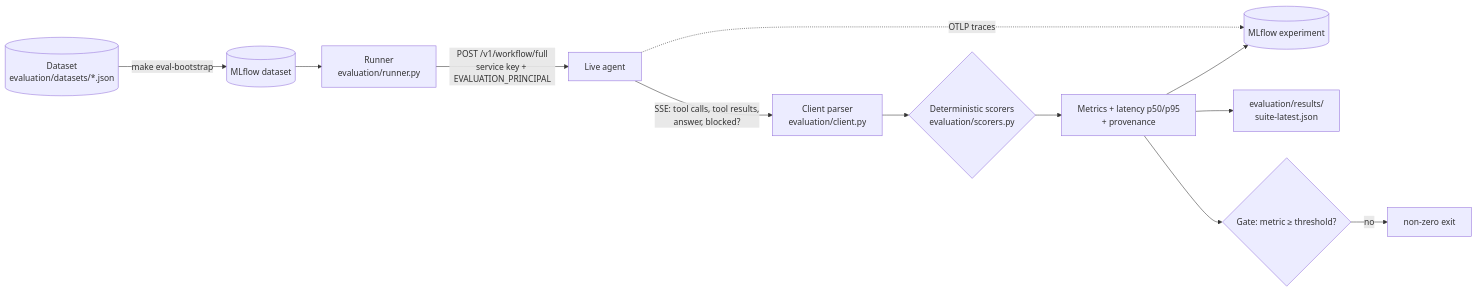
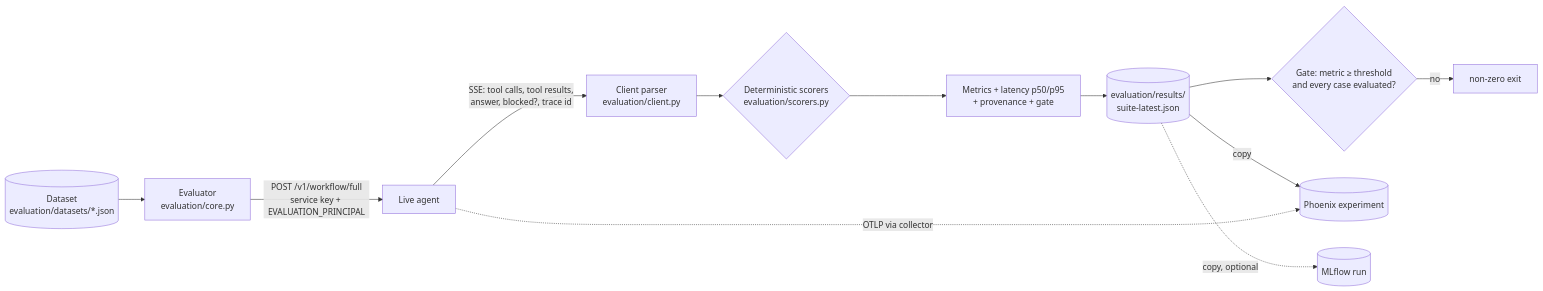
Before and after one commit to cognokratos/simple-agent-template: the diagram in docs/concepts/05-evaluation.md, drawn with Mermaid. The commit also changed other lines of this file and 21 other files, not shown here.

````diff
--- a/docs/concepts/05-evaluation.md
+++ b/docs/concepts/05-evaluation.md
@@ -27,14 +39,14 @@
 ```mermaid
 flowchart LR
-    DS[("Dataset<br/>evaluation/datasets/*.json")] -->|"make eval-bootstrap"| MD[(MLflow dataset)]
-    MD --> RUN["Runner<br/>evaluation/runner.py"]
-    RUN -->|"POST /v1/workflow/full<br/>service key + EVALUATION_PRINCIPAL"| AG[Live agent]
-    AG -->|"SSE: tool calls, tool results,<br/>answer, blocked?"| CL["Client parser<br/>evaluation/client.py"]
+    DS[("Dataset<br/>evaluation/datasets/*.json")] --> CORE["Evaluator<br/>evaluation/core.py"]
+    CORE -->|"POST /v1/workflow/full<br/>service key + EVALUATION_PRINCIPAL"| AG[Live agent]
+    AG -->|"SSE: tool calls, tool results,<br/>answer, blocked?, trace id"| CL["Client parser<br/>evaluation/client.py"]
     CL --> SC{"Deterministic scorers<br/>evaluation/scorers.py"}
-    SC --> MET["Metrics + latency p50/p95<br/>+ provenance"]
-    MET --> ML[(MLflow experiment)]
-    MET --> JSON["evaluation/results/<br/>suite-latest.json"]
-    AG -.->|"OTLP traces"| ML
-    MET --> GATE{"Gate: metric ≥ threshold?"}
+    SC --> MET["Metrics + latency p50/p95<br/>+ provenance + gate"]
+    MET --> JSON[("evaluation/results/<br/>suite-latest.json")]
+    JSON --> GATE{"Gate: metric ≥ threshold<br/>and every case evaluated?"}
     GATE -->|no| FAIL[non-zero exit]
+    JSON -->|"copy"| PH[(Phoenix experiment)]
+    JSON -.->|"copy, optional"| ML[(MLflow run)]
+    AG -.->|"OTLP via collector"| PH
 ```
````
